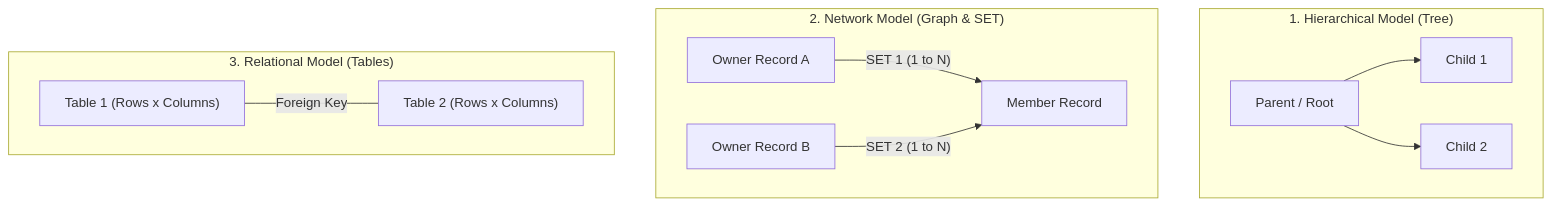
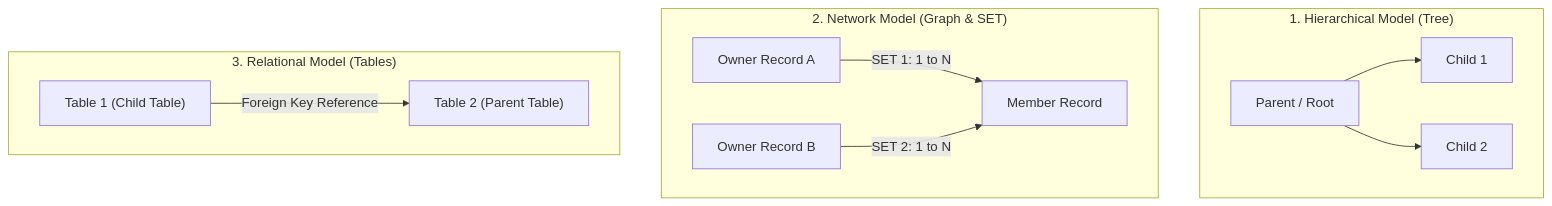
Diagram 12 of 18 in all-theories-with-previous-questions-attached/database.md (daihan054/Govt-it-question-bank-last-16-years-compact-it), drawn with Mermaid before and after one commit. The commit also changed other lines of this file, not shown here.

Commit message:
fix(database): streamline DBMS architecture and data models mermaid flowcharts for GitHub rendering

````diff
--- a/all-theories-with-previous-questions-attached/database.md
+++ b/all-theories-with-previous-questions-attached/database.md
@@ -1732,16 +1732,16 @@
 ```mermaid
 flowchart TD
     subgraph HIERARCHICAL["1. Hierarchical Model (Tree)"]
         H_ROOT["Parent / Root"] --> H_C1["Child 1"]
         H_ROOT --> H_C2["Child 2"]
     end
 
     subgraph NETWORK["2. Network Model (Graph & SET)"]
-        N_O1["Owner Record A"] -->|"SET 1 (1 to N)"| N_M1["Member Record"]
-        N_O2["Owner Record B"] -->|"SET 2 (1 to N)"| N_M1
+        N_O1["Owner Record A"] -->|"SET 1: 1 to N"| N_M1["Member Record"]
+        N_O2["Owner Record B"] -->|"SET 2: 1 to N"| N_M1
     end
 
     subgraph RELATIONAL["3. Relational Model (Tables)"]
-        R_T1["Table 1 (Rows x Columns)"] ---|"Foreign Key"| R_T2["Table 2 (Rows x Columns)"]
+        R_T1["Table 1 (Child Table)"] -->|"Foreign Key Reference"| R_T2["Table 2 (Parent Table)"]
     end
 ```
````
